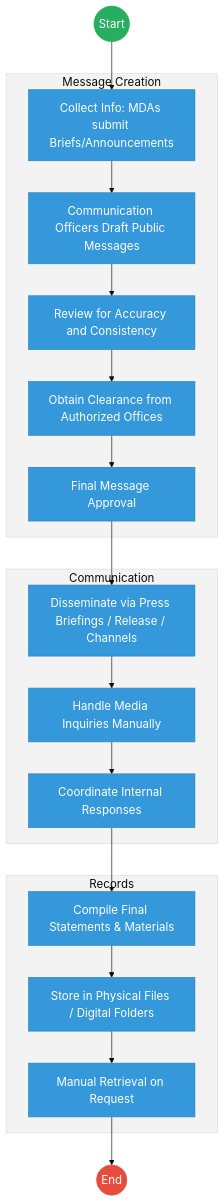
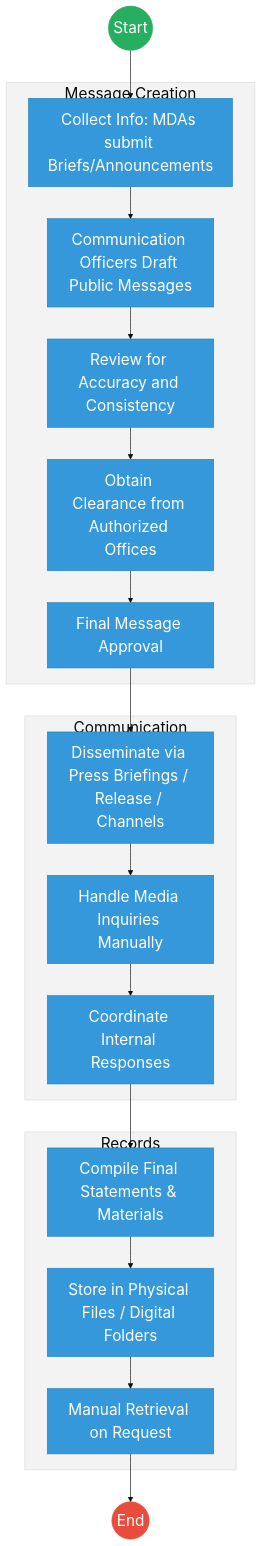
The first of 2 diagrams in mdas/docs_final/priority_mdas/Government_Spokesperson___Service_Delivery.md (BITZ-IT-Consulting-LTD/ictapoc), drawn with Mermaid before and after one commit. The commit also changed other lines of this file and 196 other files, not shown here.

````diff
--- a/mdas/docs_final/priority_mdas/Government_Spokesperson___Service_Delivery.md
+++ b/mdas/docs_final/priority_mdas/Government_Spokesperson___Service_Delivery.md
@@ -24,33 +24,33 @@
 ```mermaid
-%%{init: { 'theme': 'base', 'themeVariables': { 'fontSize': '18px', 'fontFamily': 'Inter, system-ui, sans-serif', 'primaryColor': '#ffffff', 'edgeLabelBackground':'#ffffff', 'tertiaryColor': '#f3f3f3', 'mainBkg': '#ffffff', 'nodeBorder': '#333333' } } }%%
+%%{init: { 'theme': 'base', 'themeVariables': { 'fontSize': '24px', 'fontFamily': 'Inter, system-ui, sans-serif', 'primaryColor': '#ffffff', 'edgeLabelBackground':'#ffffff', 'tertiaryColor': '#f3f3f3', 'mainBkg': '#ffffff', 'nodeBorder': '#333333' } } }%%
 graph TD
     Start((Start)) --> Collection["Collect Info: MDAs submit Briefs/Announcements"]
     
     subgraph Development["Message Creation"]
         Collection --> Draft["Communication Officers Draft Public Messages"]
         Draft --> Review["Review for Accuracy and Consistency"]
         Review --> Clearance["Obtain Clearance from Authorized Offices"]
         Clearance --> Approval["Final Message Approval"]
     end
     
     subgraph Dissemination [Communication]
         Approval --> Media["Disseminate via Press Briefings / Release / Channels"]
         Media --> Inquiries["Handle Media Inquiries Manually"]
         Inquiries --> Coordinate["Coordinate Internal Responses"]
     end
     
     subgraph Archiving [Records]
         Coordinate --> Compile["Compile Final Statements & Materials"]
         Compile --> Save["Store in Physical Files / Digital Folders"]
         Save --> Retrieval["Manual Retrieval on Request"]
     end
     
     Retrieval --> End((End))
 
-    classDef start fill:#27ae60,stroke:#27ae60,color:#fff;
-    classDef endNode fill:#e74c3c,stroke:#e74c3c,color:#fff;
-    classDef userTask fill:#3498db,stroke:#2980b9,color:#fff;
+    classDef start fill:#27ae60,stroke:#27ae60,color:#fff,font-size:24px,font-size:24px;;
+    classDef endNode fill:#e74c3c,stroke:#e74c3c,color:#fff,font-size:24px,font-size:24px;;
+    classDef userTask fill:#3498db,stroke:#2980b9,color:#fff,font-size:24px,font-size:24px;;
     class Start start;
     class End endNode;
     class Collection,Draft,Review,Clearance,Approval,Media,Inquiries,Coordinate,Compile,Save,Retrieval userTask;
 ```
````
